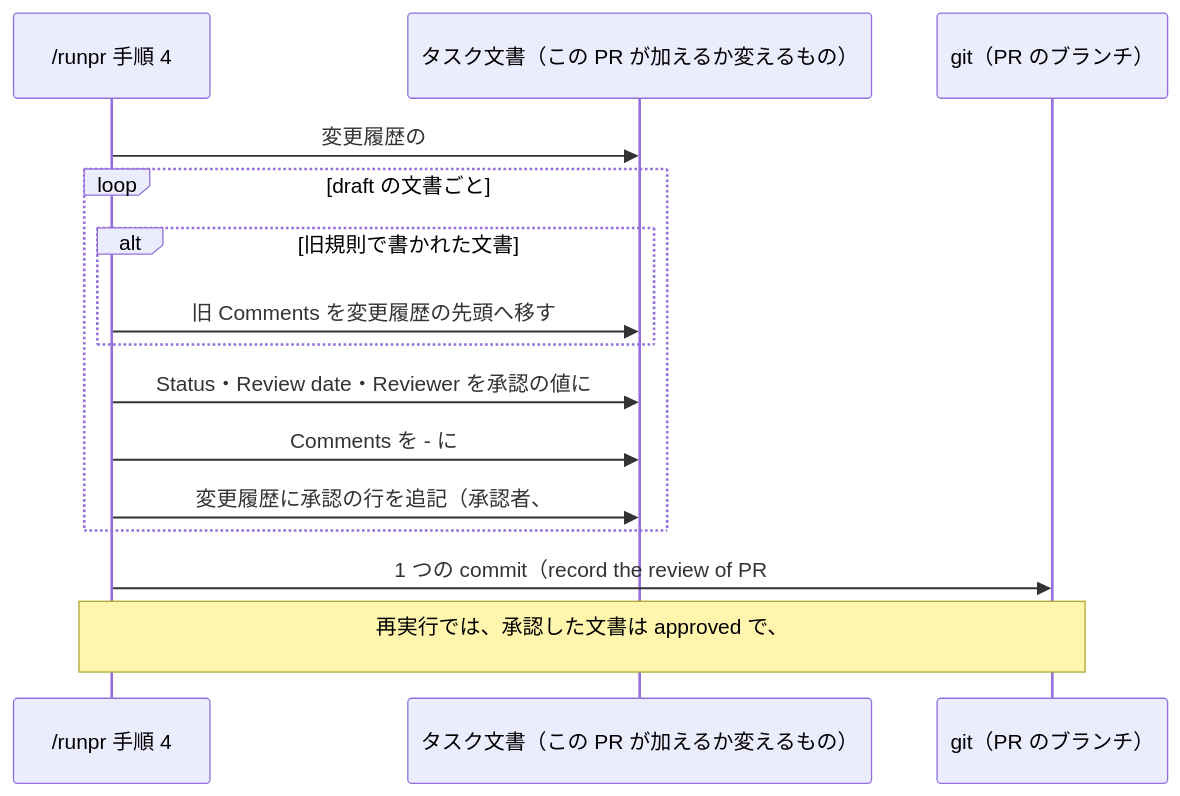
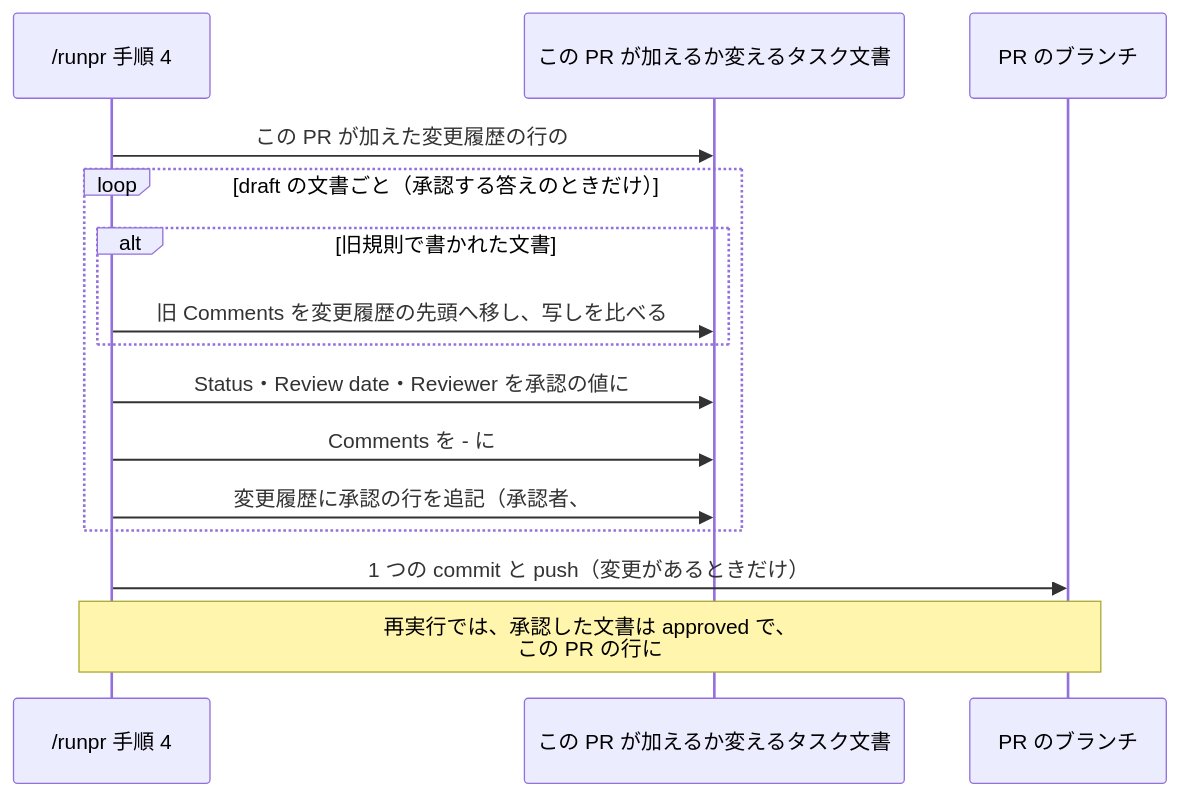
The ninth of 11 diagrams in docs/tasks/0053_status_comments_policy/02_architecture.md (isseis/yt2column), drawn with Mermaid before and after one commit. The commit also changed other lines of this file, not shown here.

First line of the commit message:
docs(0053): address the design review and polish the Japanese prose

````diff
--- a/docs/tasks/0053_status_comments_policy/02_architecture.md
+++ b/docs/tasks/0053_status_comments_policy/02_architecture.md
@@ -454,18 +507,18 @@
 ```mermaid
 sequenceDiagram
     participant R as /runpr 手順 4
-    participant D as タスク文書（この PR が加えるか変えるもの）
-    participant G as git（PR のブランチ）
+    participant D as この PR が加えるか変えるタスク文書
+    participant G as PR のブランチ
 
-    R->>D: 変更履歴の #未記入 を #number に置き換える
-    loop draft の文書ごと
+    R->>D: この PR が加えた変更履歴の行の #未記入 を #number に
+    loop draft の文書ごと（承認する答えのときだけ）
         alt 旧規則で書かれた文書
-            R->>D: 旧 Comments を変更履歴の先頭へ移す
+            R->>D: 旧 Comments を変更履歴の先頭へ移し、写しを比べる
         end
         R->>D: Status・Review date・Reviewer を承認の値に
         R->>D: Comments を - に
         R->>D: 変更履歴に承認の行を追記（承認者、#number）
     end
-    R->>G: 1 つの commit（record the review of PR #number）と push
-    Note over R,G: 再実行では、承認した文書は approved で、<br>#未記入 も残っていないので、何も書かない
+    R->>G: 1 つの commit と push（変更があるときだけ）
+    Note over R,G: 再実行では、承認した文書は approved で、<br>この PR の行に #未記入 も残っていないので、何も書かない
 ```
````
